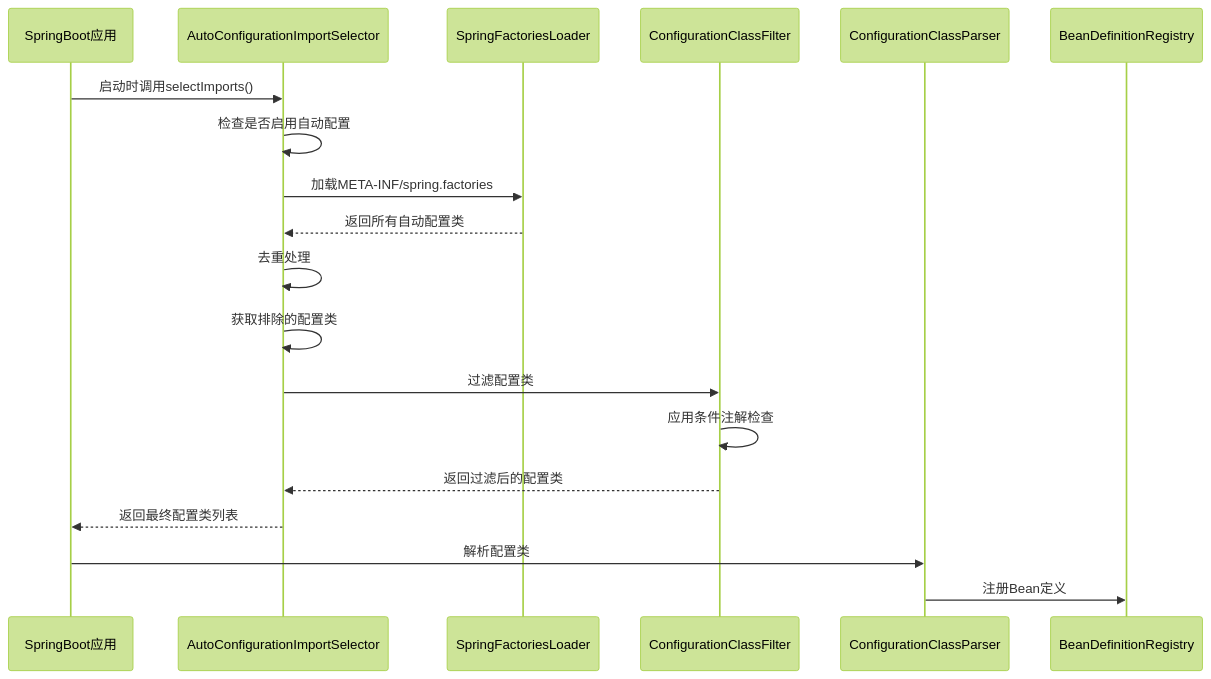
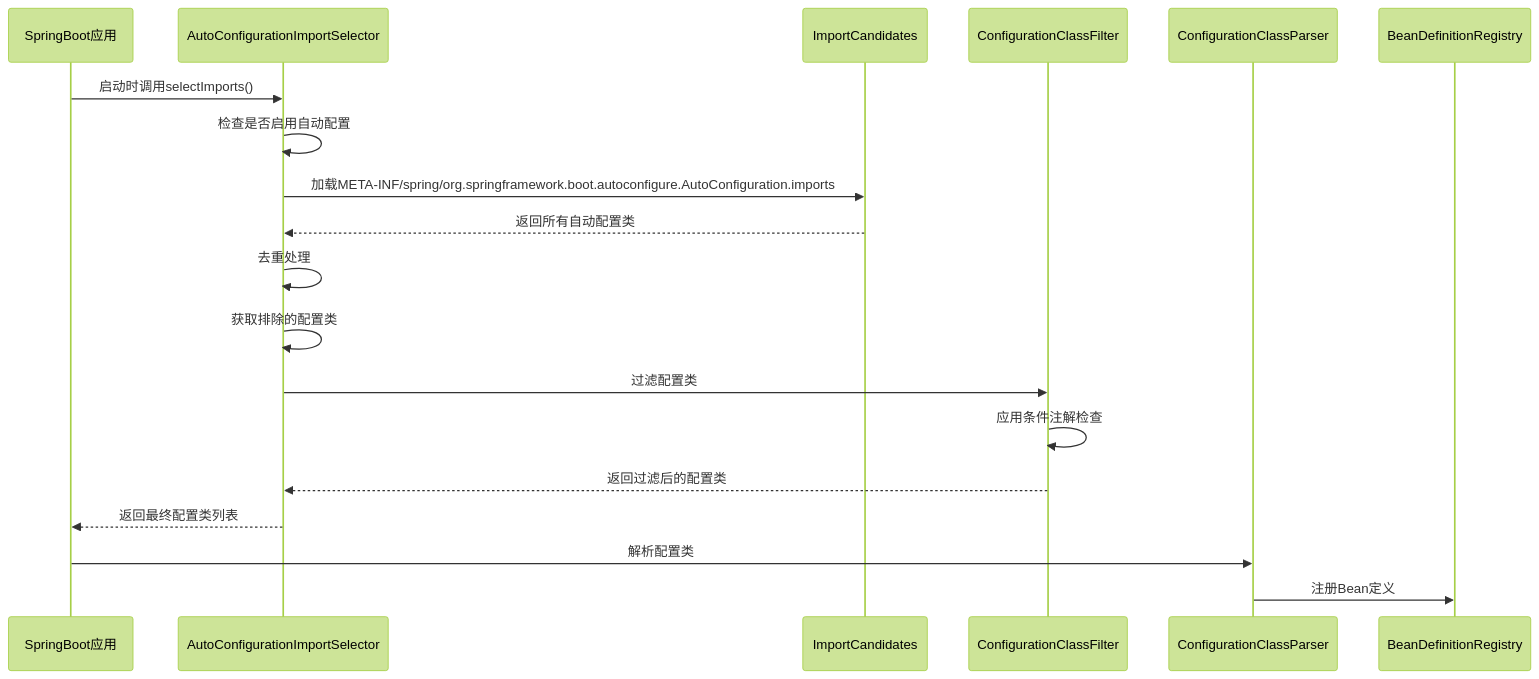
One commit to yetiKnight/springboot-learning changed the first of 5 diagrams in docs/启动流程/SpringBoot启动流程-自动配置机制-深度解析.md. Above: the diagram before and after it, drawn with Mermaid (forest theme). The commit also changed other lines of this file and 2 other files, not shown here.

````diff
--- a/docs/启动流程/SpringBoot启动流程-自动配置机制-深度解析.md
+++ b/docs/启动流程/SpringBoot启动流程-自动配置机制-深度解析.md
@@ -17,22 +17,22 @@
 ```mermaid
 sequenceDiagram
     participant App as SpringBoot应用
     participant Selector as AutoConfigurationImportSelector
-    participant Loader as SpringFactoriesLoader
+    participant Loader as ImportCandidates
     participant Filter as ConfigurationClassFilter
     participant Parser as ConfigurationClassParser
     participant Registry as BeanDefinitionRegistry
 
     App->>Selector: 启动时调用selectImports()
     Selector->>Selector: 检查是否启用自动配置
-    Selector->>Loader: 加载META-INF/spring.factories
+    Selector->>Loader: 加载META-INF/spring/org.springframework.boot.autoconfigure.AutoConfiguration.imports
     Loader-->>Selector: 返回所有自动配置类
     Selector->>Selector: 去重处理
     Selector->>Selector: 获取排除的配置类
     Selector->>Filter: 过滤配置类
     Filter->>Filter: 应用条件注解检查
     Filter-->>Selector: 返回过滤后的配置类
     Selector-->>App: 返回最终配置类列表
     App->>Parser: 解析配置类
     Parser->>Registry: 注册Bean定义
 ```
````
